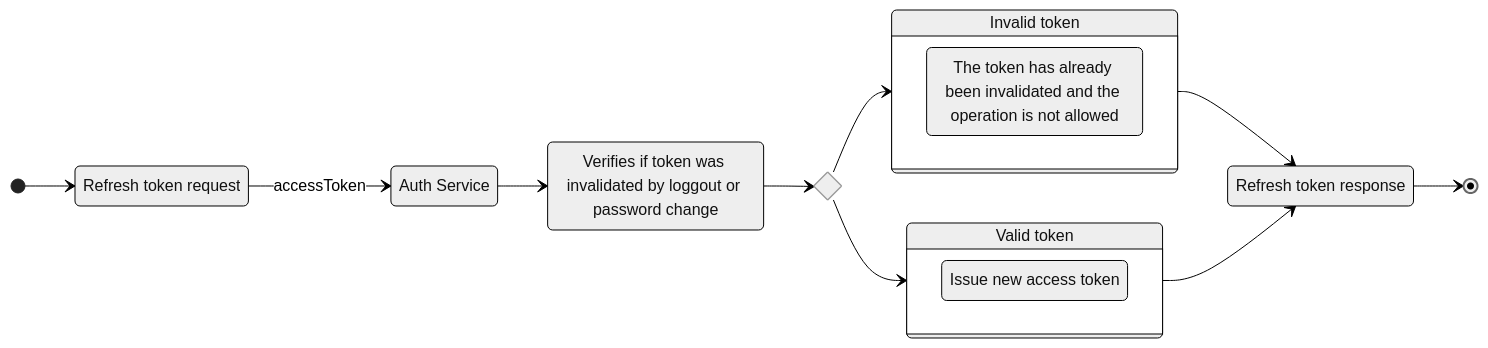
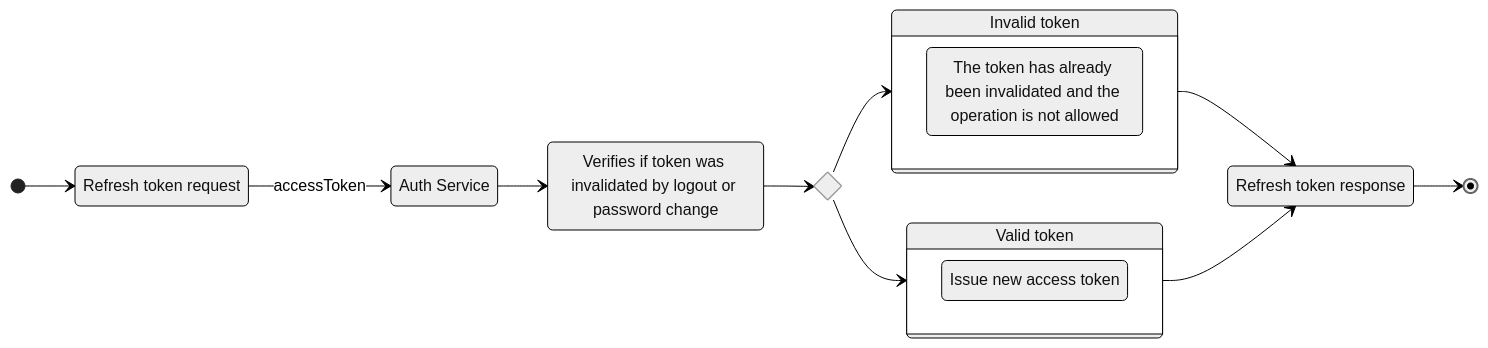
Before and after one commit to shimisnow/poc-nestjs: the fourth of 7 diagrams in docs/markdown/resolved-problems/authentication-flow.md, drawn with Mermaid (neutral theme). The commit also changed other lines of this file, not shown here.

Commit message:
docs: divide auth flow diagram in three parts to better visualization

````diff
--- a/docs/markdown/resolved-problems/authentication-flow.md
+++ b/docs/markdown/resolved-problems/authentication-flow.md
@@ -138,33 +136,33 @@
 ```mermaid
 stateDiagram-v2
 direction LR
 
 state "Refresh token request" as refresh_req
 state "Refresh token response" as refresh_res
 
 [*] --> refresh_req
 state "Auth Service" as auth
 refresh_req --> auth: accessToken
 
-state "Verifies if token was invalidated by loggout or password change" as verify
+state "Verifies if token was invalidated by logout or password change" as verify
 auth --> verify
 
 state is_valid <<choice>>
 verify --> is_valid
 
 state "Invalid token" as invalid_token {
     state "The token has already been invalidated and the operation is not allowed" as unauthorized
 }
 
 is_valid --> invalid_token
 
 state "Valid token" as valid_token {
     state "Issue new access token" as invalidate
 }
 
 is_valid --> valid_token
 
 invalid_token --> refresh_res
 valid_token --> refresh_res
 refresh_res --> [*]
 ```
````
